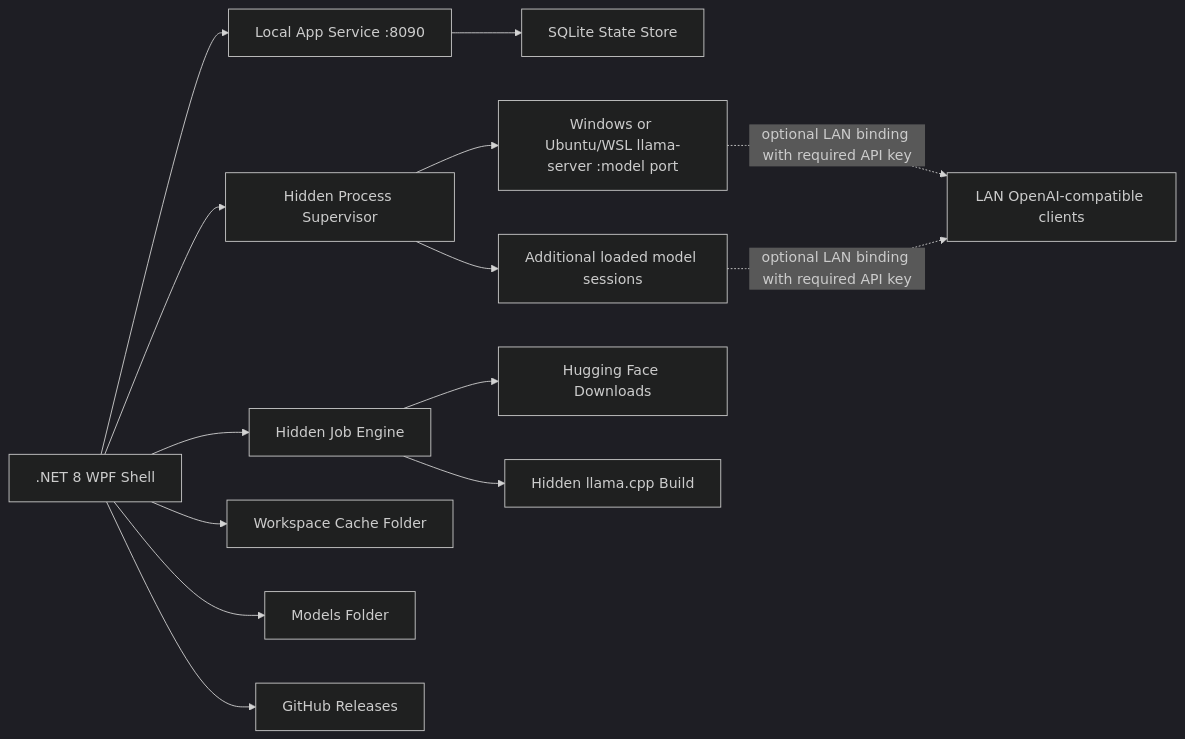
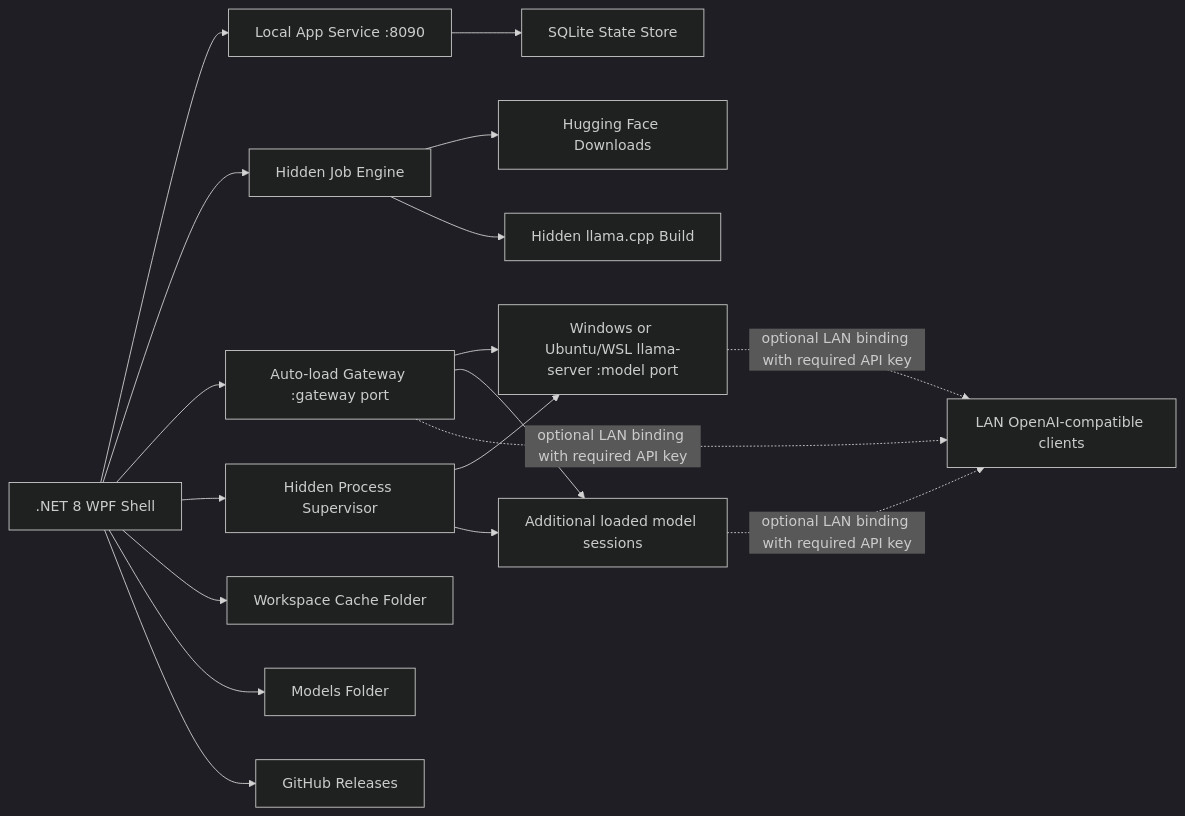
The diagram in docs/ARCHITECTURE.md (Meggypistillate161/llama-cpp-windows-manager), drawn with Mermaid (dark theme) before and after one commit. The commit also changed other lines of this file and 477 other files, not shown here.

````diff
--- a/docs/ARCHITECTURE.md
+++ b/docs/ARCHITECTURE.md
@@ -29,16 +29,20 @@
 ```mermaid
 flowchart LR
   UI[".NET 8 WPF Shell"] --> API["Local App Service :8090"]
   API --> DB["SQLite State Store"]
   UI --> Jobs["Hidden Job Engine"]
+  UI --> Gateway["Auto-load Gateway :gateway port"]
   UI --> Supervisor["Hidden Process Supervisor"]
   Supervisor --> RuntimeA["Windows or Ubuntu/WSL llama-server :model port"]
   Supervisor --> RuntimeB["Additional loaded model sessions"]
+  Gateway --> RuntimeA
+  Gateway --> RuntimeB
+  Gateway -. "optional LAN binding with required API key" .-> LAN
   RuntimeA -. "optional LAN binding with required API key" .-> LAN["LAN OpenAI-compatible clients"]
   RuntimeB -. "optional LAN binding with required API key" .-> LAN
   Jobs --> HF["Hugging Face Downloads"]
   Jobs --> Build["Hidden llama.cpp Build"]
   UI --> Cache["Workspace Cache Folder"]
   UI --> Models["Models Folder"]
   UI --> Updates["GitHub Releases"]
 ```
````
